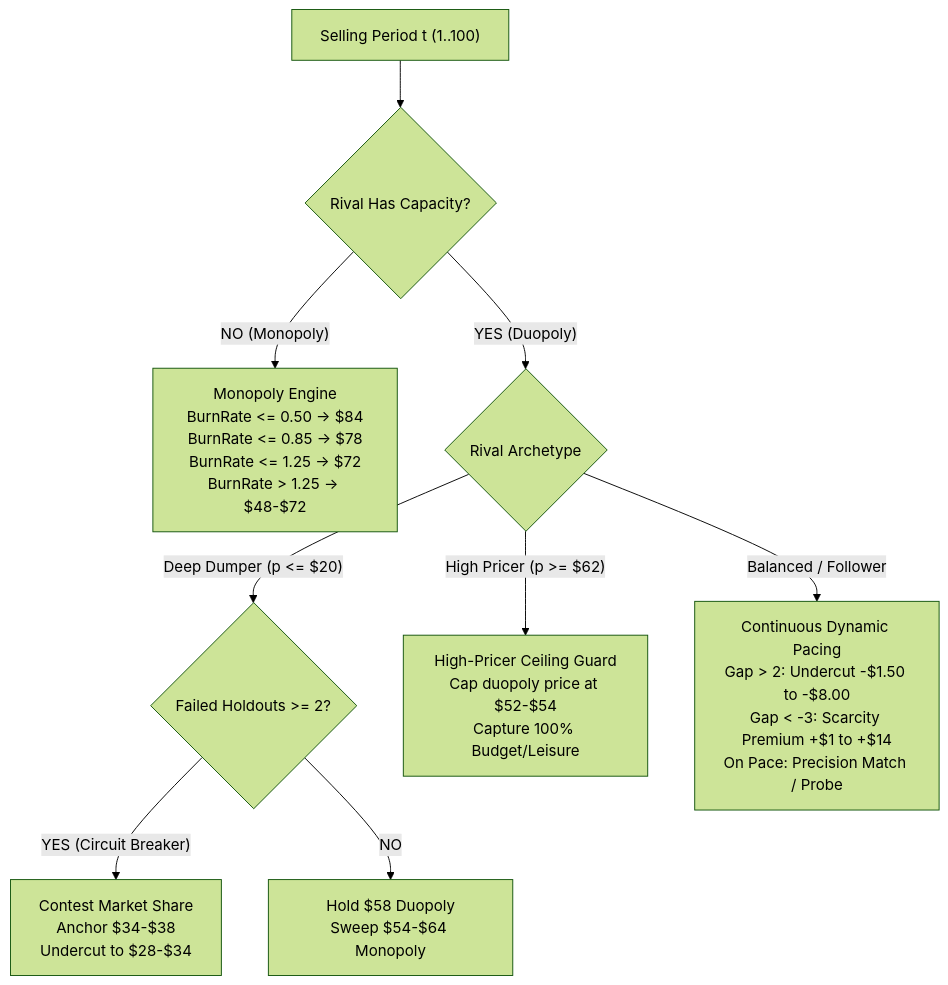
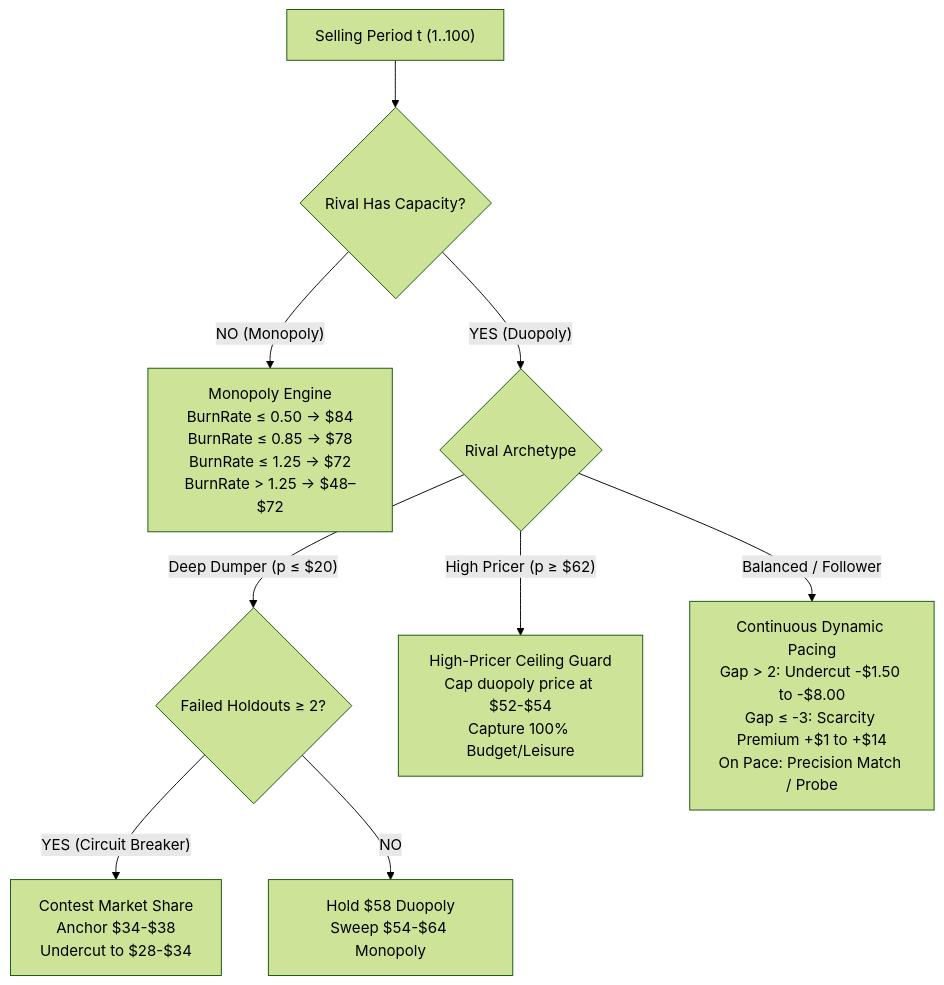
Before and after one commit to RamezCh/Learning-Optimization: the first of 2 diagrams in ALGORITHM_CHANGES.md, drawn with Mermaid (forest theme). The commit also changed other lines of this file and 7 other files, not shown here.

````diff
--- a/ALGORITHM_CHANGES.md
+++ b/ALGORITHM_CHANGES.md
@@ -208,16 +231,16 @@
 ```mermaid
 flowchart TD
     Start["Selling Period t (1..100)"] --> RivalStock{"Rival Has Capacity?"}
     
-    RivalStock -- "NO (Monopoly)" --> MonoEngine["Monopoly Engine<br>BurnRate <= 0.50 -> $84<br>BurnRate <= 0.85 -> $78<br>BurnRate <= 1.25 -> $72<br>BurnRate > 1.25 -> $48-$72"]
+    RivalStock -- "NO (Monopoly)" --> MonoEngine["Monopoly Engine<br/>BurnRate ≤ 0.50 → $84<br/>BurnRate ≤ 0.85 → $78<br/>BurnRate ≤ 1.25 → $72<br/>BurnRate > 1.25 → $48–$72"]
     
     RivalStock -- "YES (Duopoly)" --> RivalType{"Rival Archetype"}
     
-    RivalType -- "Deep Dumper (p <= $20)" --> DumperLogic{"Failed Holdouts >= 2?"}
-    DumperLogic -- "YES (Circuit Breaker)" --> ContestVolume["Contest Market Share<br>Anchor $34-$38<br>Undercut to $28-$34"]
-    DumperLogic -- "NO" --> HoldoutRule["Hold $58 Duopoly<br>Sweep $54-$64 Monopoly"]
+    RivalType -- "Deep Dumper (p ≤ $20)" --> DumperLogic{"Failed Holdouts ≥ 2?"}
+    DumperLogic -- "YES (Circuit Breaker)" --> ContestVolume["Contest Market Share<br/>Anchor $34-$38<br/>Undercut to $28-$34"]
+    DumperLogic -- "NO" --> HoldoutRule["Hold $58 Duopoly<br/>Sweep $54-$64 Monopoly"]
     
-    RivalType -- "High Pricer (p >= $62)" --> HighCeiling["High-Pricer Ceiling Guard<br>Cap duopoly price at $52-$54<br>Capture 100% Budget/Leisure"]
+    RivalType -- "High Pricer (p ≥ $62)" --> HighCeiling["High-Pricer Ceiling Guard<br/>Cap duopoly price at $52-$54<br/>Capture 100% Budget/Leisure"]
     
-    RivalType -- "Balanced / Follower" --> PacingEngine["Continuous Dynamic Pacing<br>Gap > 2: Undercut -$1.50 to -$8.00<br>Gap < -3: Scarcity Premium +$1 to +$14<br>On Pace: Precision Match / Probe"]
+    RivalType -- "Balanced / Follower" --> PacingEngine["Continuous Dynamic Pacing<br/>Gap > 2: Undercut -$1.50 to -$8.00<br/>Gap ≤ -3: Scarcity Premium +$1 to +$14<br/>On Pace: Precision Match / Probe"]
 ```
````
